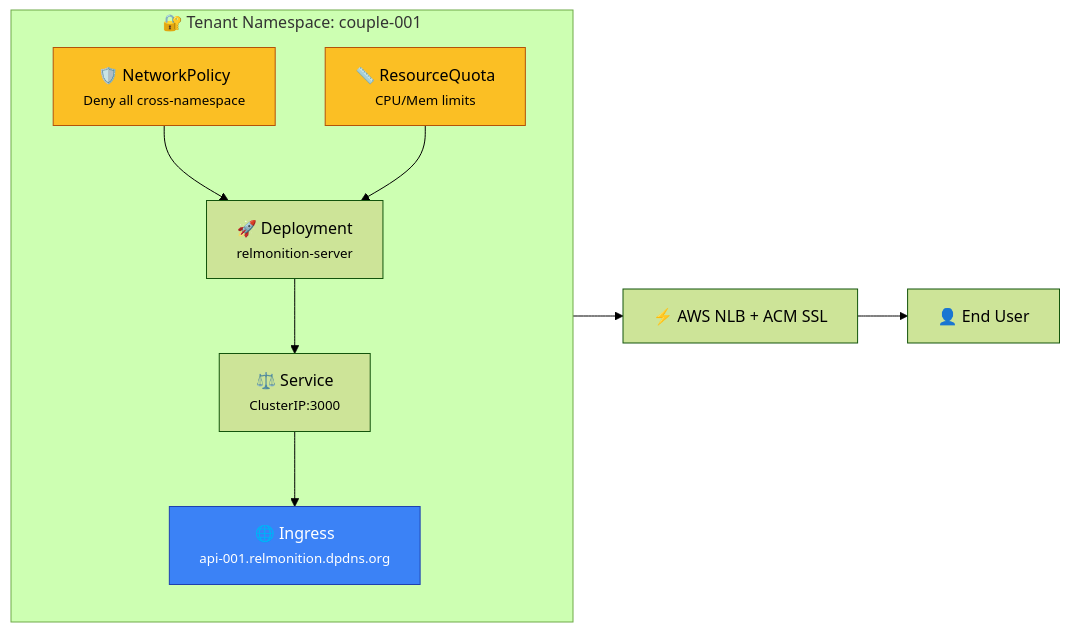
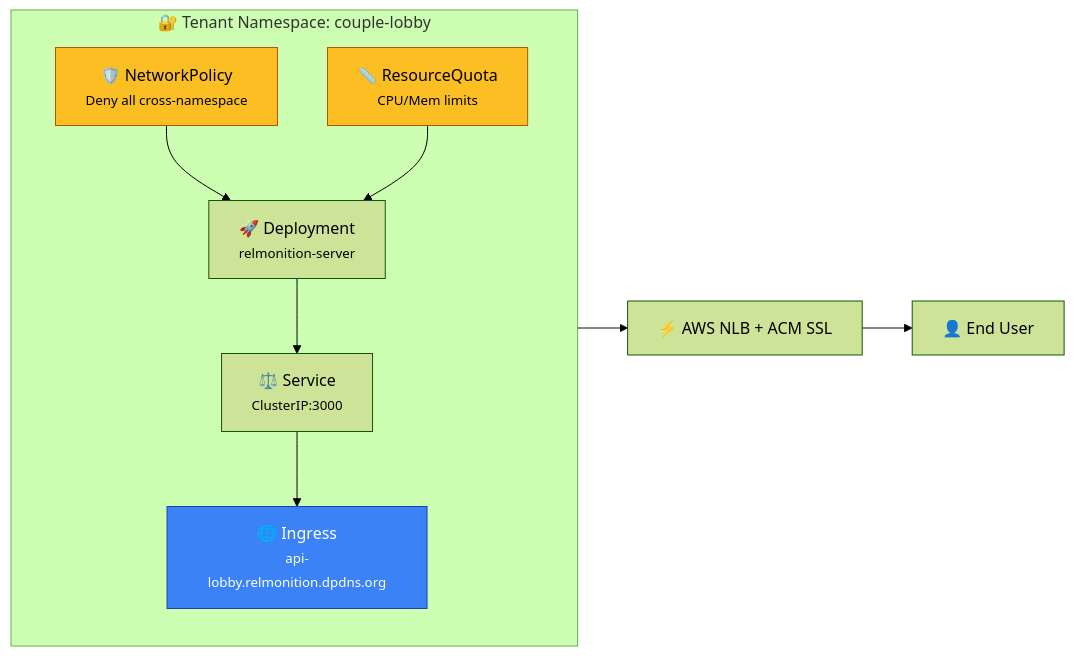
The third of 4 diagrams in context/flow.md (P20000/Relmonition), drawn with Mermaid before and after one commit. The commit also changed other lines of this file and 7 other files, not shown here.

Commit message:
refactor: rename tenant 001 to lobby across the codebase

````diff
--- a/context/flow.md
+++ b/context/flow.md
@@ -114,24 +114,24 @@
 ```mermaid
 %%{init: {'theme': 'forest'}}%%
 graph LR
-    subgraph "🔐 Tenant Namespace: couple-001"
+    subgraph "🔐 Tenant Namespace: couple-lobby"
         direction TB
         NP[🛡️ NetworkPolicy<br/><small>Deny all cross-namespace</small>]
         RQ[📏 ResourceQuota<br/><small>CPU/Mem limits</small>]
         D[🚀 Deployment<br/><small>relmonition-server</small>]
         S[⚖️ Service<br/><small>ClusterIP:3000</small>]
-        I[🌐 Ingress<br/><small>api-001.relmonition.dpdns.org</small>]
+        I[🌐 Ingress<br/><small>api-lobby.relmonition.dpdns.org</small>]
         
         NP --> D
         RQ --> D
         D --> S
         S --> I
     end
     
     I --> NLB[⚡ AWS NLB + ACM SSL]
     NLB --> User[👤 End User]
     
     style NP fill:#fbbf24,stroke:#b45309
     style RQ fill:#fbbf24,stroke:#b45309
     style I fill:#3b82f6,stroke:#1e40af,color:white
 ```
````
